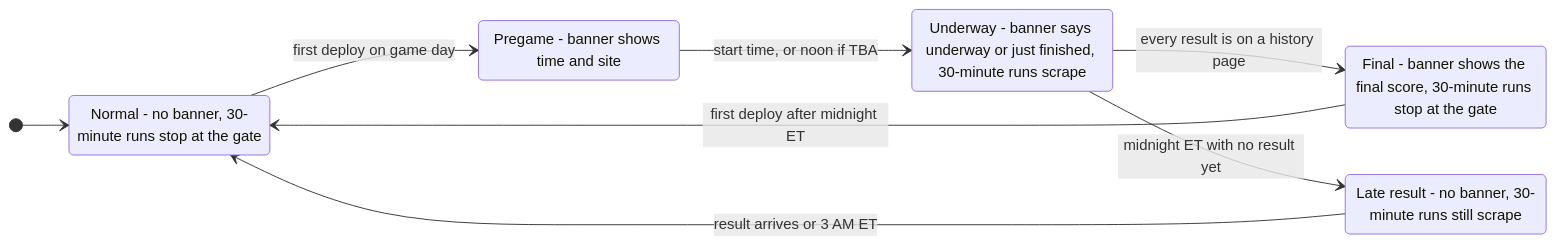
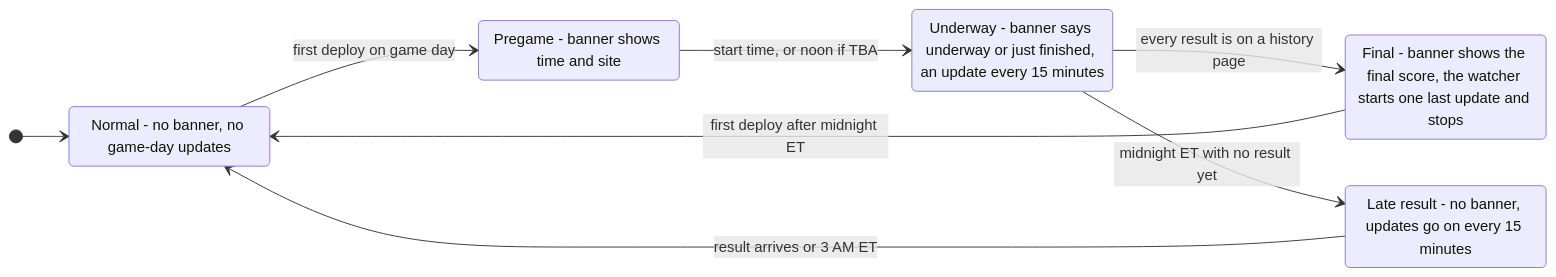
The third of 4 diagrams in README.md (jacksonmote/DePauw-vs-Wabash-web), drawn with Mermaid before and after one commit. The commit also changed other lines of this file and 4 other files, not shown here.

First line of the commit message:
Docs: politeness, run scopes, Last checked and the game-day watcher

````diff
--- a/README.md
+++ b/README.md
@@ -353,16 +371,16 @@
 ```mermaid
 stateDiagram-v2
   direction LR
   [*] --> Normal
   Normal --> Pregame: first deploy on game day
   Pregame --> Underway: start time, or noon if TBA
   Underway --> Final: every result is on a history page
   Underway --> Late: midnight ET with no result yet
   Late --> Normal: result arrives or 3 AM ET
   Final --> Normal: first deploy after midnight ET
   Pregame: Pregame - banner shows time and site
-  Underway: Underway - banner says underway or just finished, 30-minute runs scrape
-  Final: Final - banner shows the final score, 30-minute runs stop at the gate
-  Late: Late result - no banner, 30-minute runs still scrape
-  Normal: Normal - no banner, 30-minute runs stop at the gate
+  Underway: Underway - banner says underway or just finished, an update every 15 minutes
+  Final: Final - banner shows the final score, the watcher starts one last update and stops
+  Late: Late result - no banner, updates go on every 15 minutes
+  Normal: Normal - no banner, no game-day updates
 ```
````
